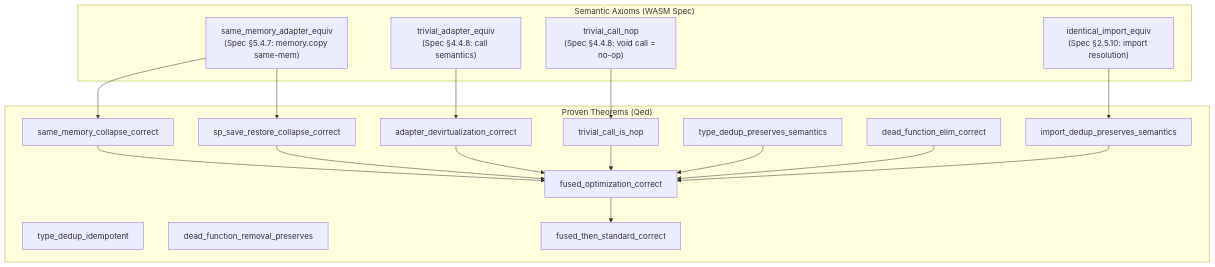
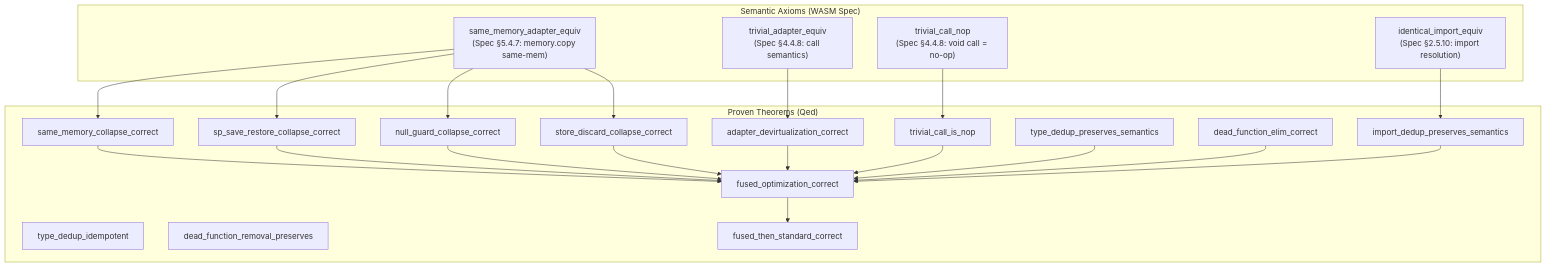
One commit to pulseengine/loom changed the sixth of 8 diagrams in docs/design/fused-component-optimization.md. Above: the diagram before and after it, drawn with Mermaid. The commit also changed other lines of this file and 3 other files, not shown here.

````diff
--- a/docs/design/fused-component-optimization.md
+++ b/docs/design/fused-component-optimization.md
@@ -248,37 +254,43 @@
 ```mermaid
 flowchart TD
     subgraph axioms["Semantic Axioms (WASM Spec)"]
         A0["same_memory_adapter_equiv\n(Spec §5.4.7: memory.copy same-mem)"]
         A1["trivial_adapter_equiv\n(Spec §4.4.8: call semantics)"]
         A2["identical_import_equiv\n(Spec §2.5.10: import resolution)"]
         A3["trivial_call_nop\n(Spec §4.4.8: void call = no-op)"]
     end
 
     subgraph proven["Proven Theorems (Qed)"]
         SM["same_memory_collapse_correct"]
         SP["sp_save_restore_collapse_correct"]
+        NG["null_guard_collapse_correct"]
+        SD["store_discard_collapse_correct"]
         AD["adapter_devirtualization_correct"]
         TC["trivial_call_is_nop"]
         TP["type_dedup_preserves_semantics"]
         TI["type_dedup_idempotent"]
         DE["dead_function_elim_correct"]
         DR["dead_function_removal_preserves"]
         IP["import_dedup_preserves_semantics"]
         FC["fused_optimization_correct"]
         FS["fused_then_standard_correct"]
     end
 
     A0 --> SM
     A0 --> SP
+    A0 --> NG
+    A0 --> SD
     A1 --> AD
     A2 --> IP
     A3 --> TC
     SM --> FC
     SP --> FC
+    NG --> FC
+    SD --> FC
     AD --> FC
     TC --> FC
     TP --> FC
     DE --> FC
     IP --> FC
     FC --> FS
 ```
````
